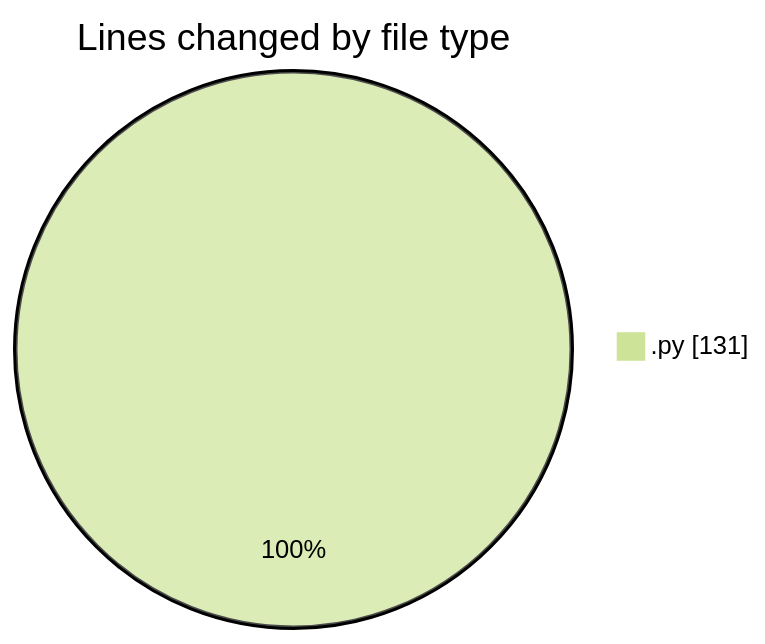
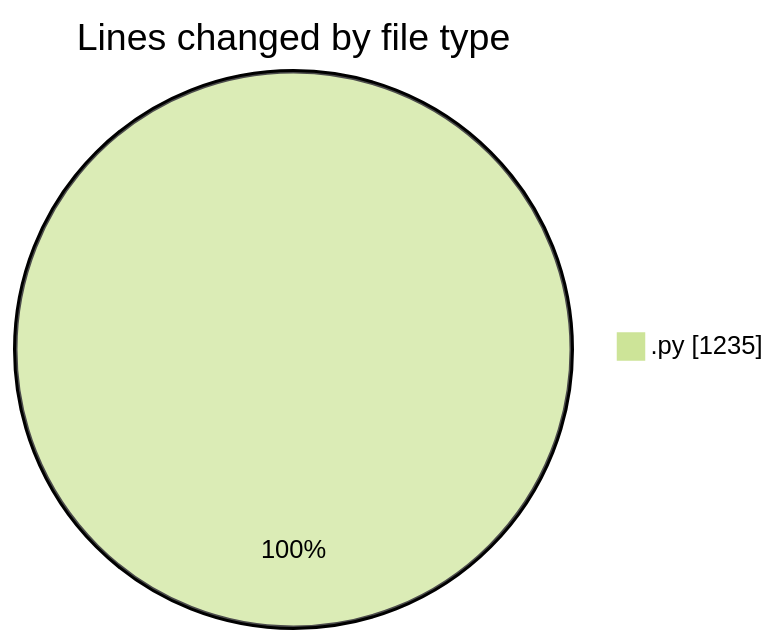
Before and after one commit to MatusMokan/code-tracking: the first of 2 diagrams in 2025-05-08/myws__workspace_/README.md, drawn with Mermaid (forest theme). The commit also changed other lines of this file and 1 other file, not shown here.

````diff
--- a/2025-05-08/myws__workspace_/README.md
+++ b/2025-05-08/myws__workspace_/README.md
@@ -20,5 +21,5 @@
 ```mermaid
 pie showData
 title Lines changed by file type
-".py" : 131
+".py" : 1235
 ```
````
